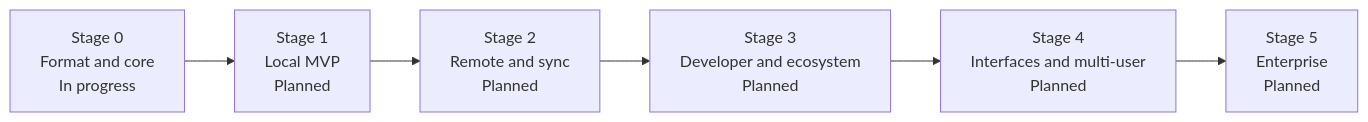
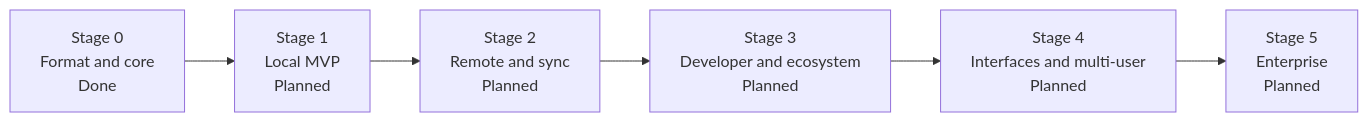
The diagram in docs/ROADMAP.md (efe-clk/apeiron), drawn with Mermaid before and after one commit. The commit also changed other lines of this file and 4 other files, not shown here.

Commit message:
docs: mark stage 0 as done

````diff
--- a/docs/ROADMAP.md
+++ b/docs/ROADMAP.md
@@ -11,10 +11,10 @@
 ```mermaid
 flowchart LR
-    S0["Stage 0<br/>Format and core<br/>In progress"]
+    S0["Stage 0<br/>Format and core<br/>Done"]
     S1["Stage 1<br/>Local MVP<br/>Planned"]
     S2["Stage 2<br/>Remote and sync<br/>Planned"]
     S3["Stage 3<br/>Developer and ecosystem<br/>Planned"]
     S4["Stage 4<br/>Interfaces and multi-user<br/>Planned"]
     S5["Stage 5<br/>Enterprise<br/>Planned"]
     S0 --> S1 --> S2 --> S3 --> S4 --> S5
 ```
````
